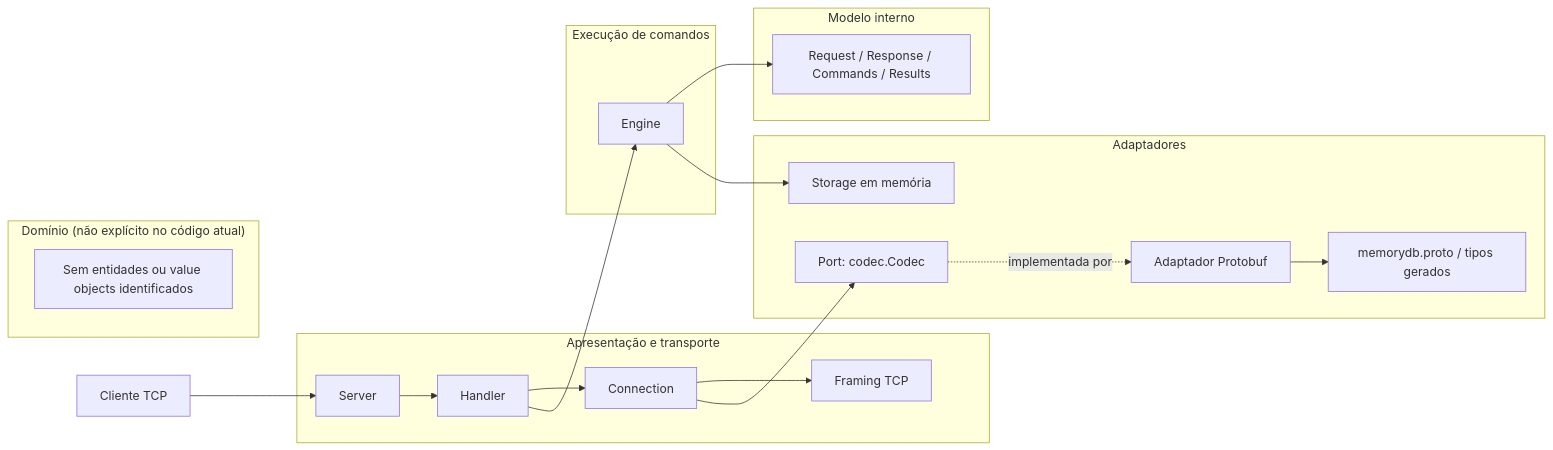
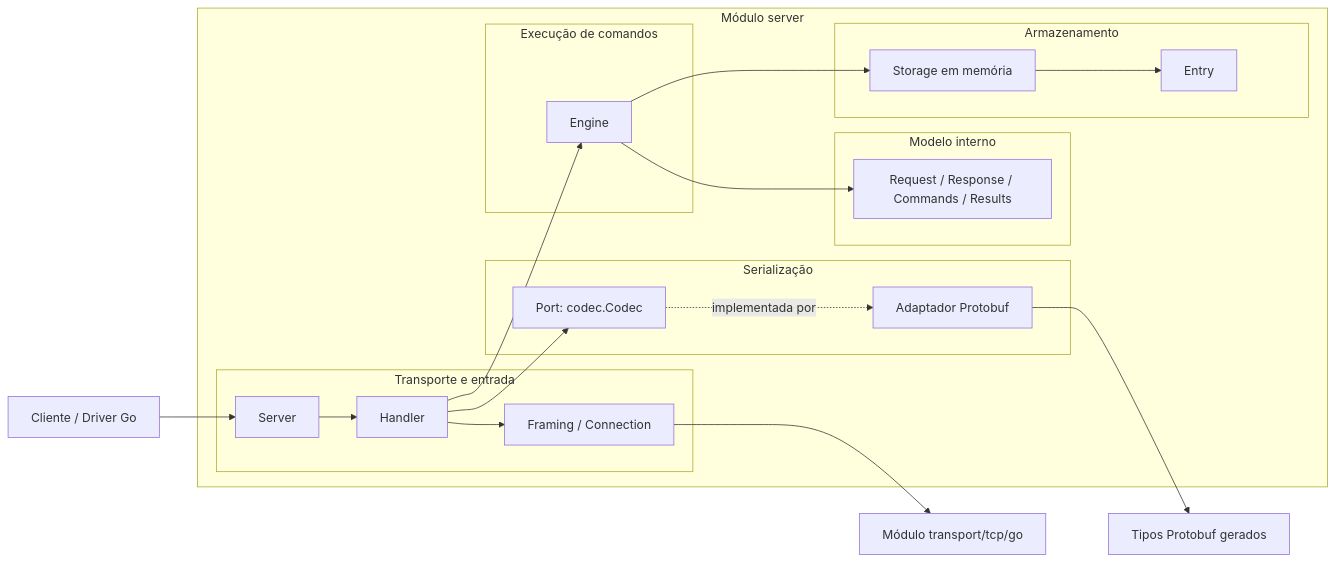
Before and after one commit to pescador95/memorydb: the second of 6 diagrams in docs/tecnica/ARQUITETURA.md, drawn with Mermaid. The commit also changed other lines of this file and 26 other files, not shown here.

First line of the commit message:
refactor(architecture): modulariza transporte e inicia drivers

````diff
--- a/docs/tecnica/ARQUITETURA.md
+++ b/docs/tecnica/ARQUITETURA.md
@@ -13,35 +56,45 @@
 ```mermaid
 flowchart LR
-    Client[Cliente TCP]
-    subgraph Domain["Domínio (não explícito no código atual)"]
-        DomainGap[Sem entidades ou value objects identificados]
-    end
-    subgraph Presentation["Apresentação e transporte"]
-        Server[Server]
-        Handler[Handler]
-        Connection[Connection]
-        Framing[Framing TCP]
-    end
-    subgraph Application["Execução de comandos"]
-        Engine[Engine]
-    end
-    subgraph Core["Modelo interno"]
-        Protocol[Request / Response / Commands / Results]
-    end
-    subgraph Adapters["Adaptadores"]
-        CodecPort["Port: codec.Codec"]
-        ProtoCodec["Adaptador Protobuf"]
-        ProtoSchema["memorydb.proto / tipos gerados"]
-        Storage[Storage em memória]
+    Client["Cliente / Driver Go"]
+
+    subgraph Server["Módulo server"]
+        subgraph Transport["Transporte e entrada"]
+            TCPServer["Server"]
+            Handler["Handler"]
+            Framing["Framing / Connection"]
+        end
+
+        subgraph Serialization["Serialização"]
+            CodecPort["Port: codec.Codec"]
+            ProtoCodec["Adaptador Protobuf"]
+        end
+
+        subgraph Application["Execução de comandos"]
+            Engine["Engine"]
+        end
+
+        subgraph InternalModel["Modelo interno"]
+            Protocol["Request / Response / Commands / Results"]
+        end
+
+        subgraph StorageLayer["Armazenamento"]
+            Storage["Storage em memória"]
+            Entry["Entry"]
+        end
     end
 
-    Client --> Server --> Handler
-    Handler --> Connection
-    Connection --> Framing
-    Connection --> CodecPort
+    ProtoTypes["Tipos Protobuf gerados"]
+    TCPModule["Módulo transport/tcp/go"]
+
+    Client --> TCPServer
+    TCPServer --> Handler
+    Handler --> Framing
+    Framing --> TCPModule
+    Handler --> CodecPort
     CodecPort -. implementada por .-> ProtoCodec
-    ProtoCodec --> ProtoSchema
+    ProtoCodec --> ProtoTypes
     Handler --> Engine
     Engine --> Protocol
     Engine --> Storage
+    Storage --> Entry
 ```
````
